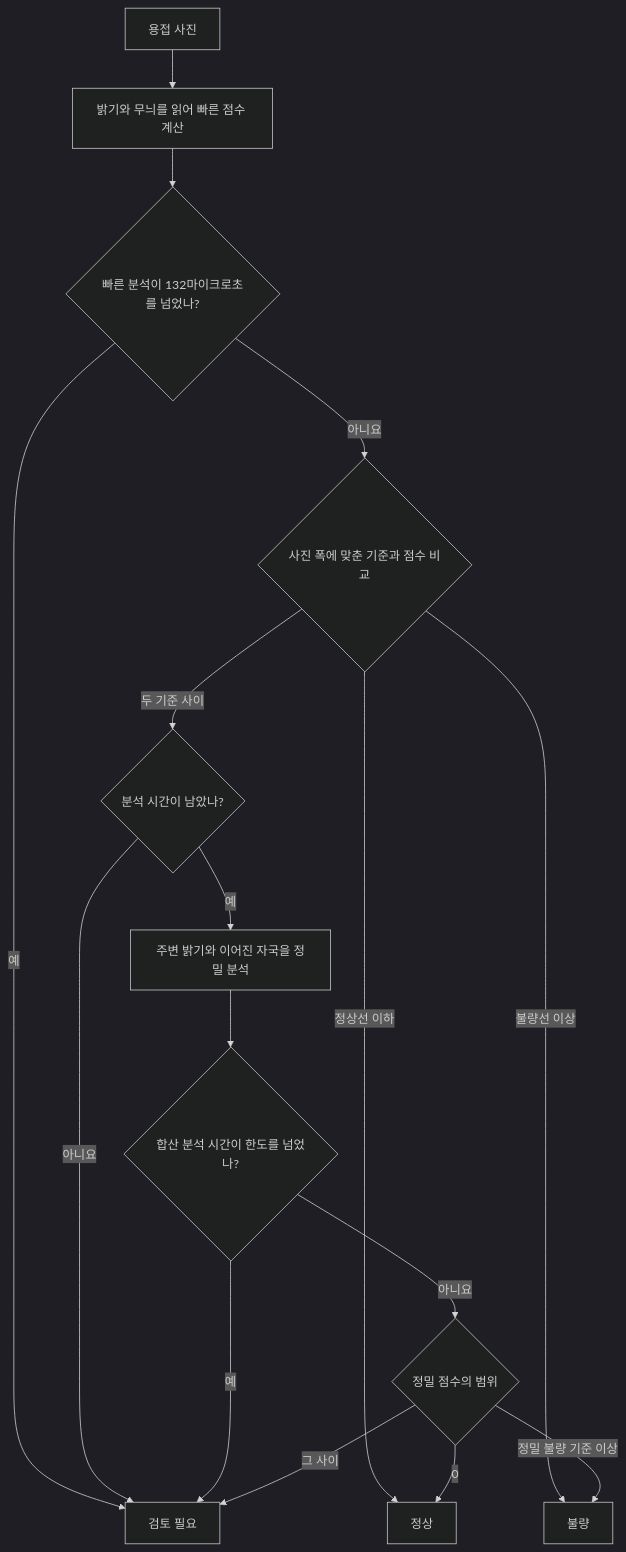
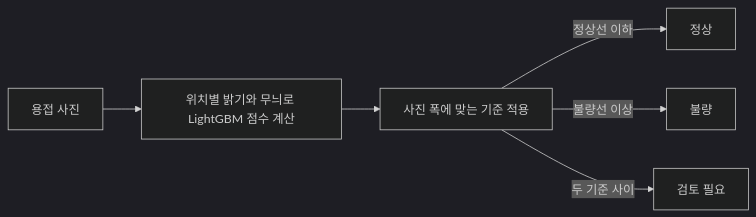
The second of 3 diagrams in docs/portfolio/README.md (hsjni0110/weld-scope), drawn with Mermaid (dark theme) before and after one commit. The commit also changed other lines of this file and 3 other files, not shown here.

Commit message:
docs: present the LightGBM replacement and visual evidence

````diff
--- a/docs/portfolio/README.md
+++ b/docs/portfolio/README.md
@@ -142,18 +119,8 @@
 ```mermaid
-flowchart TD
-    image["용접 사진"] --> fast["밝기와 무늬를 읽어 빠른 점수 계산"]
-    fast --> time{"빠른 분석이 132마이크로초를 넘었나?"}
-    time -->|예| review["검토 필요"]
-    time -->|아니요| score{"사진 폭에 맞춘 기준과 점수 비교"}
-    score -->|정상선 이하| pass["정상"]
-    score -->|불량선 이상| fail["불량"]
-    score -->|두 기준 사이| remaining{"분석 시간이 남았나?"}
-    remaining -->|아니요| review
-    remaining -->|예| precise["주변 밝기와 이어진 자국을 정밀 분석"]
-    precise --> total{"합산 분석 시간이 한도를 넘었나?"}
-    total -->|예| review
-    total -->|아니요| preciseScore{"정밀 점수의 범위"}
-    preciseScore -->|0| pass
-    preciseScore -->|정밀 불량 기준 이상| fail
-    preciseScore -->|그 사이| review
+flowchart LR
+    photo["용접 사진"] --> model["위치별 밝기와 무늬로 LightGBM 점수 계산"]
+    model --> band["사진 폭에 맞는 기준 적용"]
+    band -->|정상선 이하| ok["정상"]
+    band -->|불량선 이상| ko["불량"]
+    band -->|두 기준 사이| review["검토 필요"]
 ```
````
